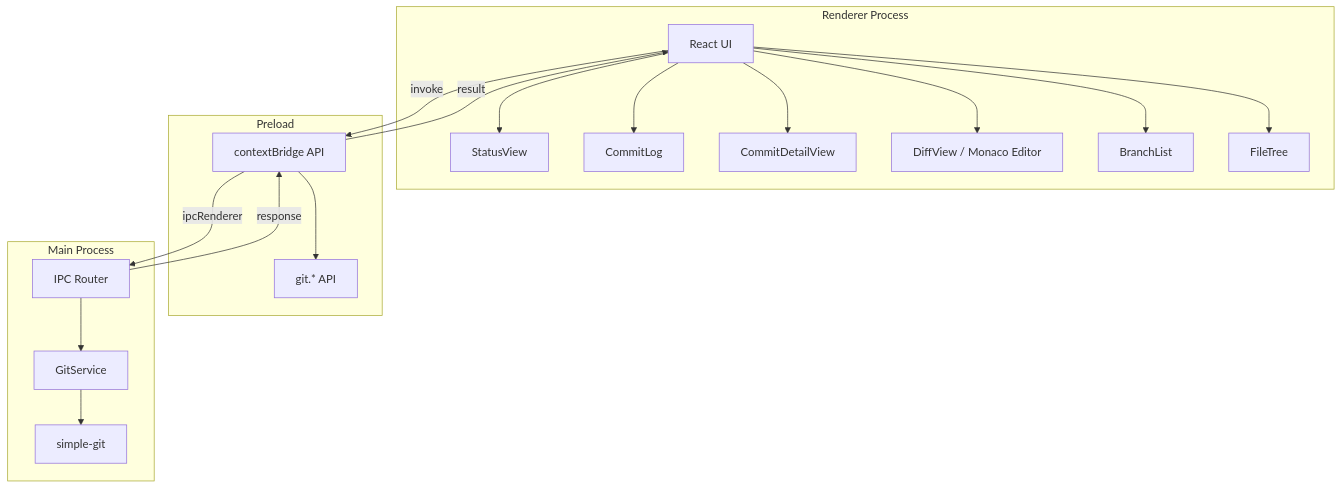
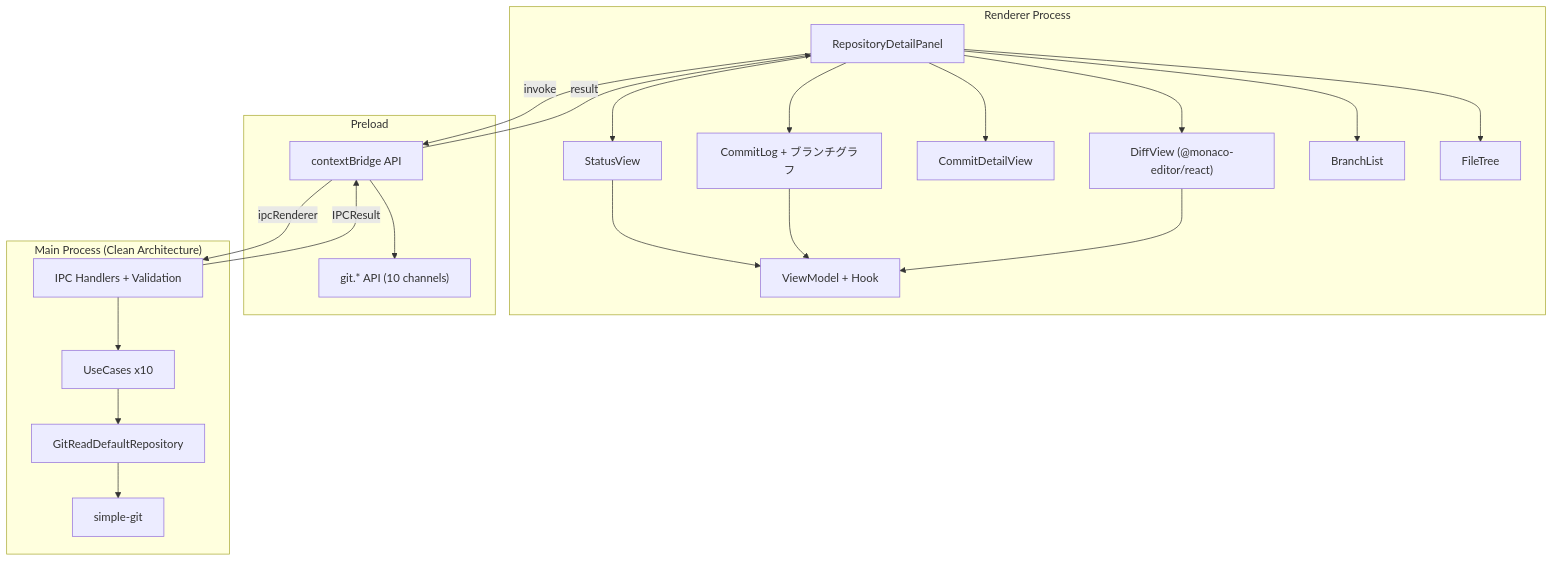
Before and after one commit to ToshikiImagawa/Buruma: the diagram in .sdd/specification/repository-viewer_design.md, drawn with Mermaid. The commit also changed other lines of this file and 1 other file, not shown here.

First line of the commit message:
[docs] Revise repository-viewer architecture design to reflect clean architecture adoption

````diff
--- a/.sdd/specification/repository-viewer_design.md
+++ b/.sdd/specification/repository-viewer_design.md
@@ -96,37 +96,43 @@
 ```mermaid
 graph TD
     subgraph "Renderer Process"
-        React[React UI]
+        Panel[RepositoryDetailPanel]
         StatusView[StatusView]
-        CommitLog[CommitLog]
+        CommitLog[CommitLog + ブランチグラフ]
         CommitDetailView[CommitDetailView]
-        DiffView[DiffView / Monaco Editor]
+        DiffView["DiffView (@monaco-editor/react)"]
         BranchList[BranchList]
         FileTree[FileTree]
-        React --> StatusView
-        React --> CommitLog
-        React --> CommitDetailView
-        React --> DiffView
-        React --> BranchList
-        React --> FileTree
+        VM[ViewModel + Hook]
+        Panel --> StatusView
+        Panel --> CommitLog
+        Panel --> CommitDetailView
+        Panel --> DiffView
+        Panel --> BranchList
+        Panel --> FileTree
+        StatusView --> VM
+        CommitLog --> VM
+        DiffView --> VM
     end
 
     subgraph "Preload"
         Bridge[contextBridge API]
-        GitAPI["git.* API"]
+        GitAPI["git.* API (10 channels)"]
         Bridge --> GitAPI
     end
 
-    subgraph "Main Process"
-        IPCRouter[IPC Router]
-        GitService[GitService]
+    subgraph "Main Process (Clean Architecture)"
+        IPCHandlers[IPC Handlers + Validation]
+        UseCases[UseCases x10]
+        GitReadRepo[GitReadDefaultRepository]
         SimpleGit[simple-git]
-        IPCRouter --> GitService
-        GitService --> SimpleGit
+        IPCHandlers --> UseCases
+        UseCases --> GitReadRepo
+        GitReadRepo --> SimpleGit
     end
 
-    React -->|" invoke "| Bridge
-    Bridge -->|" ipcRenderer "| IPCRouter
-    IPCRouter -->|" response "| Bridge
-    Bridge -->|" result "| React
+    Panel -->|"invoke"| Bridge
+    Bridge -->|"ipcRenderer"| IPCHandlers
+    IPCHandlers -->|"IPCResult"| Bridge
+    Bridge -->|"result"| Panel
 ```
````
